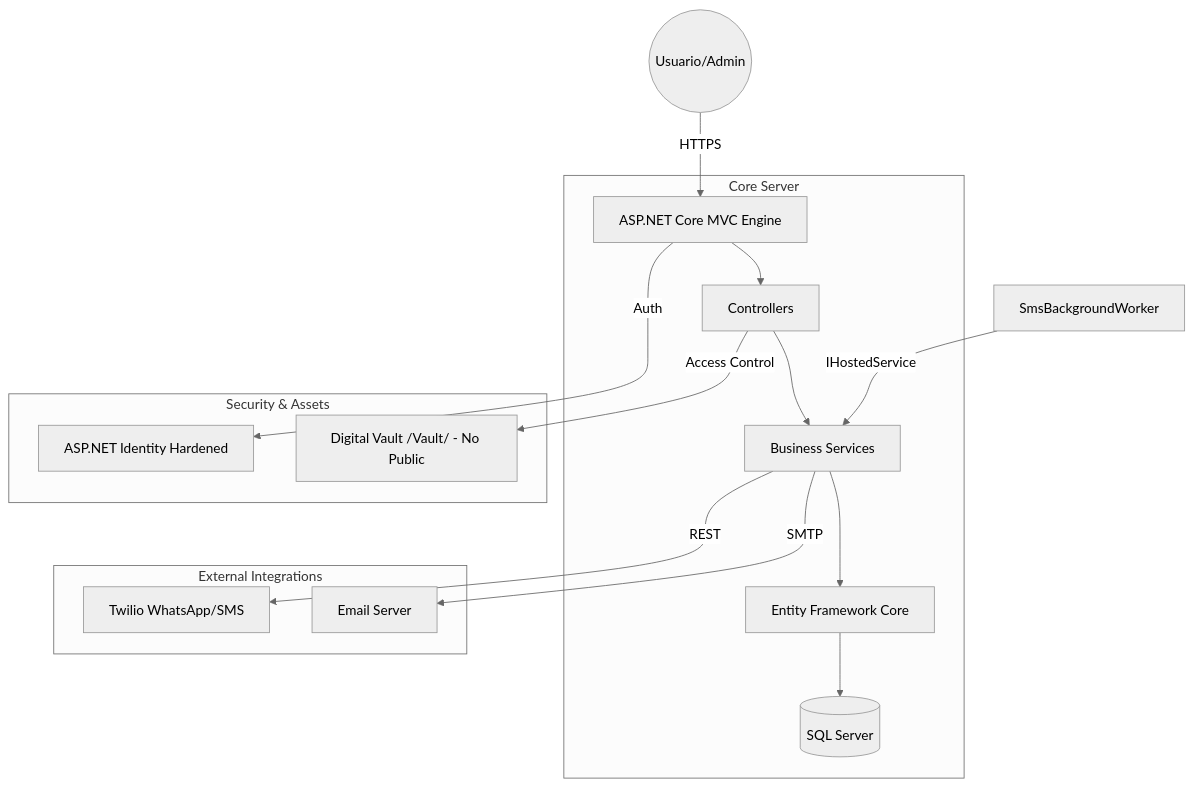
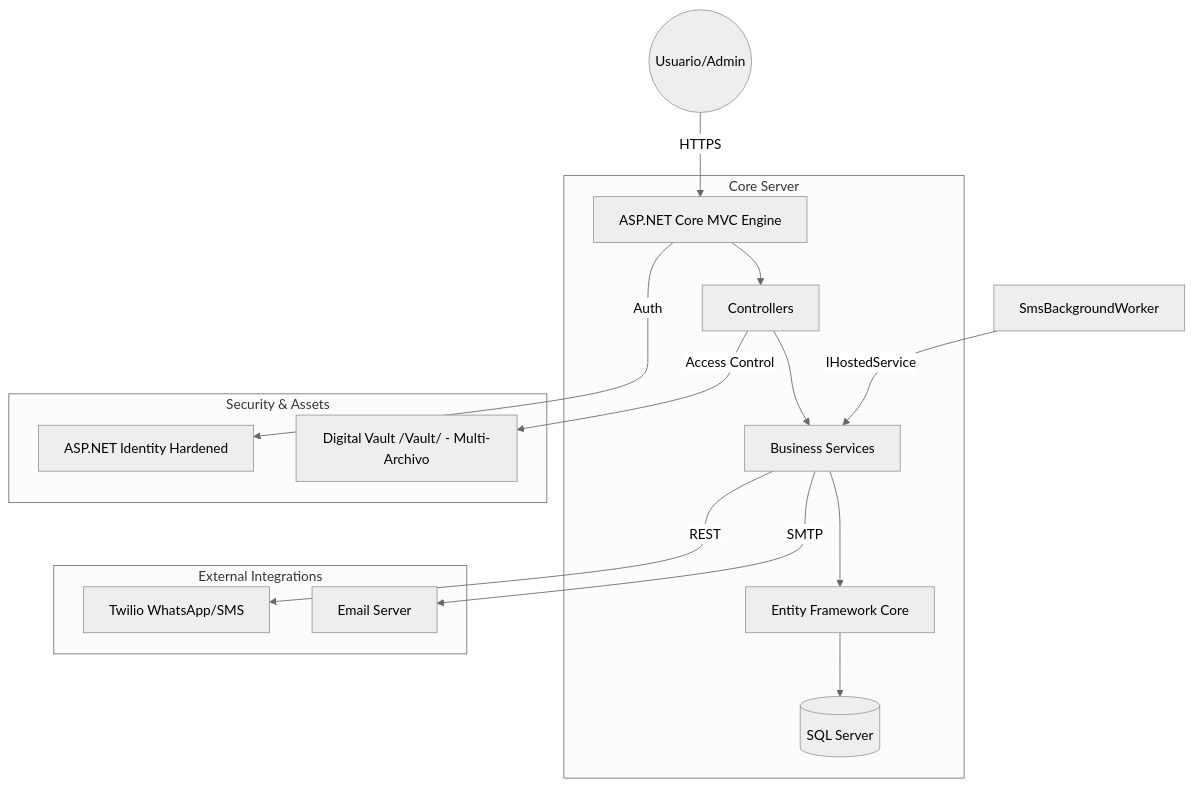
Before and after one commit to dagomezpulid/BibliotecaMVC: the diagram in README.md, drawn with Mermaid (neutral theme). The commit also changed other lines of this file and 16 other files, not shown here.

````diff
--- a/README.md
+++ b/README.md
@@ -15,19 +15,19 @@
 ```mermaid
 graph TD
     User((Usuario/Admin)) -->|HTTPS| WebServer[ASP.NET Core MVC Engine]
     subgraph "Core Server"
         WebServer --> Controllers[Controllers]
         Controllers --> Services[Business Services]
         Services --> EF[Entity Framework Core]
         EF --> DB[(SQL Server)]
     end
     subgraph "External Integrations"
         Services -->|SMTP| EmailService[Email Server]
         Services -->|REST| Twilio[Twilio WhatsApp/SMS]
     end
     subgraph "Security & Assets"
-        Controllers -->|Access Control| Vault[Digital Vault /Vault/ - No Public]
+        Controllers -->|Access Control| Vault[Digital Vault /Vault/ - Multi-Archivo]
         WebServer -->|Auth| Identity[ASP.NET Identity Hardened]
     end
     CronWorker[SmsBackgroundWorker] -->|IHostedService| Services
 ```
````
